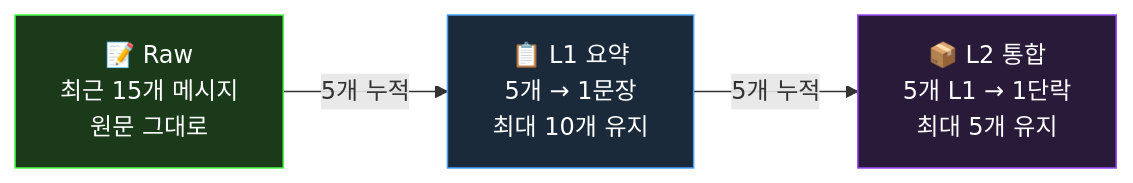
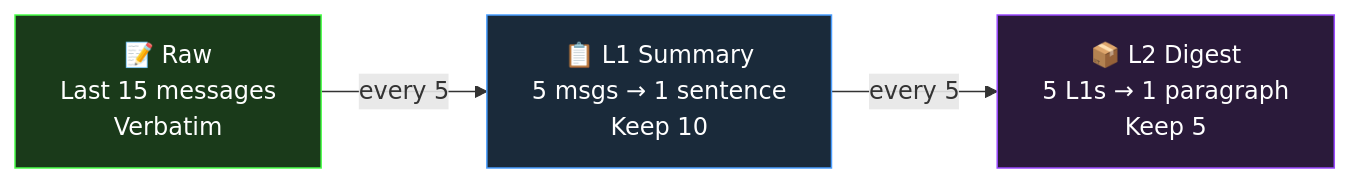
The third of 4 diagrams in README.md (je-empty/Glimi), drawn with Mermaid before and after one commit. The commit also changed other lines of this file and 1 other file, not shown here.

First line of the commit message:
README: English + Korean split, improved agent structure diagram

````diff
--- a/README.md
+++ b/README.md
@@ -153,13 +149,13 @@
 ```mermaid
 graph LR
-    Raw["📝 Raw<br/>최근 15개 메시지<br/>원문 그대로"]
-    L1["📋 L1 요약<br/>5개 → 1문장<br/>최대 10개 유지"]
-    L2["📦 L2 통합<br/>5개 L1 → 1단락<br/>최대 5개 유지"]
+    Raw["📝 Raw<br/>Last 15 messages<br/>Verbatim"]
+    L1["📋 L1 Summary<br/>5 msgs → 1 sentence<br/>Keep 10"]
+    L2["📦 L2 Digest<br/>5 L1s → 1 paragraph<br/>Keep 5"]
 
-    Raw -->|"5개 누적"| L1
-    L1 -->|"5개 누적"| L2
+    Raw -->|"every 5"| L1
+    L1 -->|"every 5"| L2
 
     style Raw fill:#1a3a1a,stroke:#4aff4a,color:#fff
     style L1 fill:#1a2a3a,stroke:#4a9eff,color:#fff
     style L2 fill:#2a1a3a,stroke:#9a4aff,color:#fff
 ```
````
